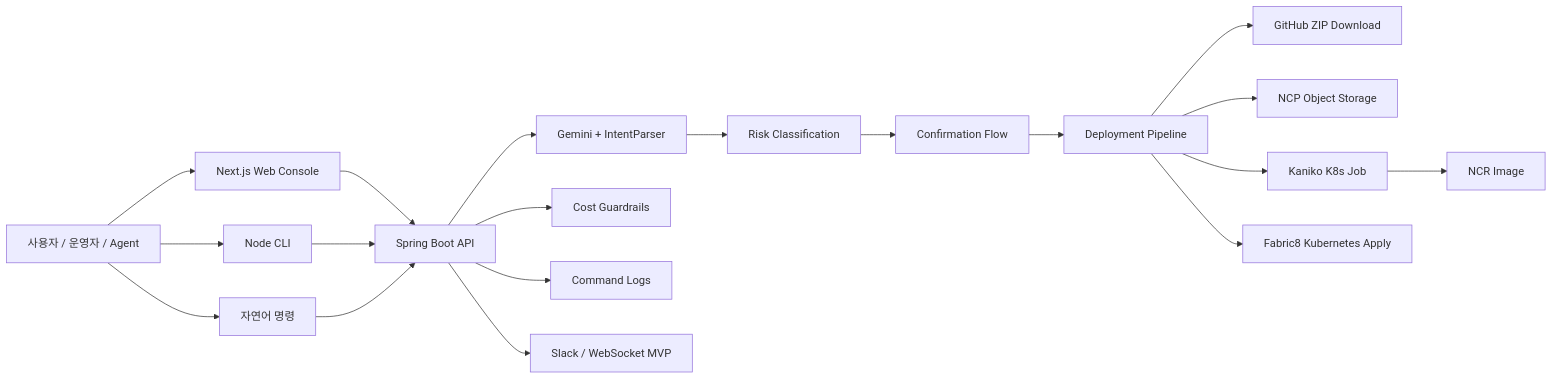
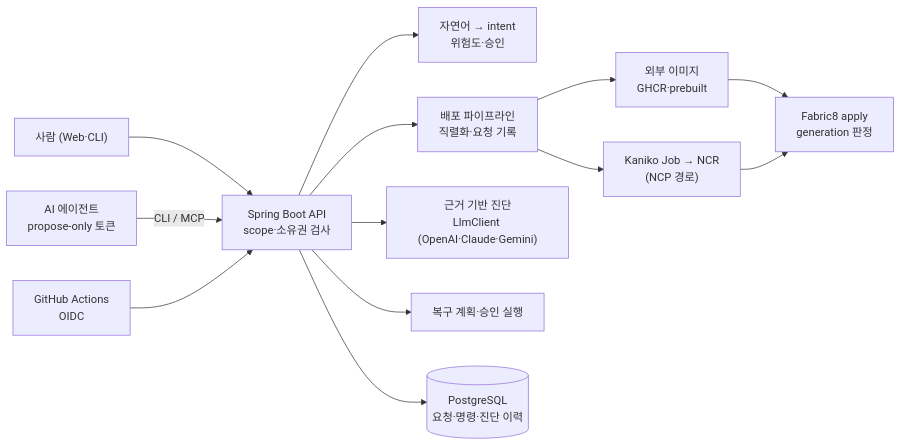
Before and after one commit to kjhyeon0620/K-Le-PaaS: the diagram in README.md, drawn with Mermaid. The commit also changed other lines of this file and 13 other files, not shown here.

````diff
--- a/README.md
+++ b/README.md
@@ -65,21 +45,15 @@
 ```mermaid
 flowchart LR
-    User["사용자 / 운영자 / Agent"] --> Web["Next.js Web Console"]
-    User --> CLI["Node CLI"]
-    User --> NLP["자연어 명령"]
-    Web --> API["Spring Boot API"]
-    CLI --> API
-    NLP --> API
-    API --> Parser["Gemini + IntentParser"]
-    Parser --> Risk["Risk Classification"]
-    Risk --> Confirm["Confirmation Flow"]
-    Confirm --> Deploy["Deployment Pipeline"]
-    Deploy --> Source["GitHub ZIP Download"]
-    Deploy --> ObjectStorage["NCP Object Storage"]
-    Deploy --> Kaniko["Kaniko K8s Job"]
-    Kaniko --> NCR["NCR Image"]
-    Deploy --> K8s["Fabric8 Kubernetes Apply"]
-    API --> Cost["Cost Guardrails"]
-    API --> Audit["Command Logs"]
-    API --> Notify["Slack / WebSocket MVP"]
+    Human["사람 (Web·CLI)"] --> API["Spring Boot API<br/>scope·소유권 검사"]
+    Agent["AI 에이전트<br/>propose-only 토큰"] -->|CLI / MCP| API
+    CI["GitHub Actions<br/>OIDC"] --> API
+    API --> NLP["자연어 → intent<br/>위험도·승인"]
+    API --> Pipeline["배포 파이프라인<br/>직렬화·요청 기록"]
+    Pipeline --> Ext["외부 이미지<br/>GHCR·prebuilt"]
+    Pipeline --> Kaniko["Kaniko Job → NCR<br/>(NCP 경로)"]
+    Ext --> K8s["Fabric8 apply<br/>generation 판정"]
+    Kaniko --> K8s
+    API --> Diag["근거 기반 진단<br/>LlmClient (OpenAI·Claude·Gemini)"]
+    API --> Recovery["복구 계획·승인 실행"]
+    API --> DB[("PostgreSQL<br/>요청·명령·진단 이력")]
 ```
````
